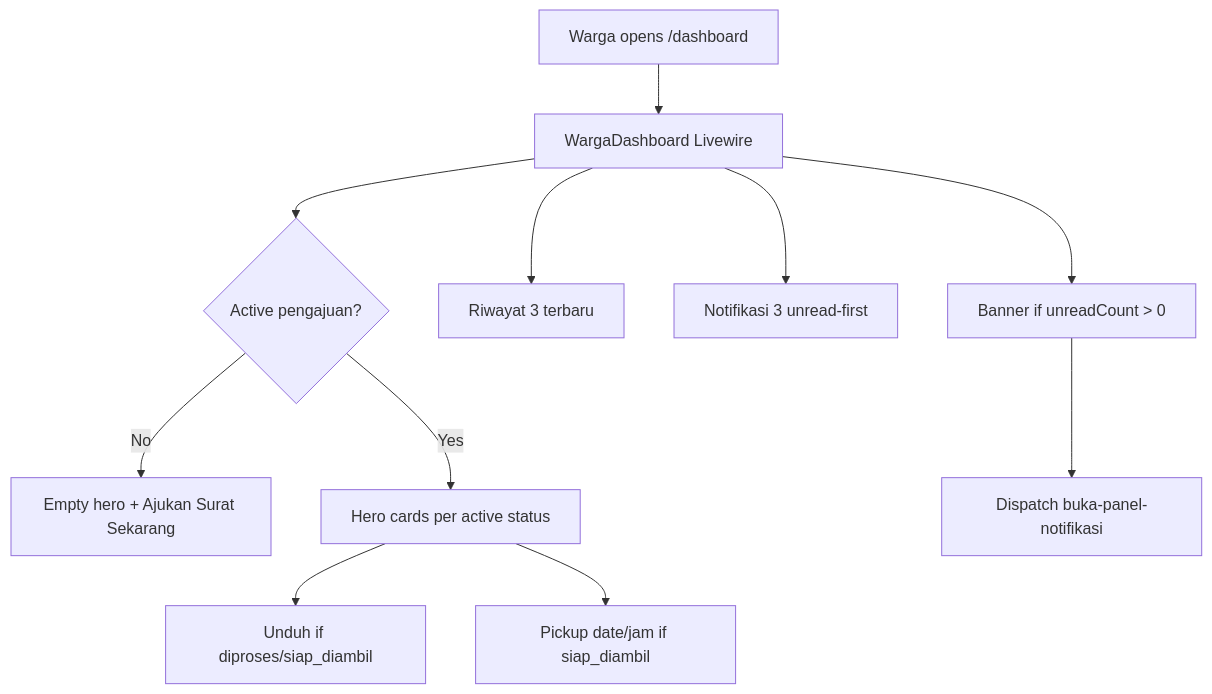
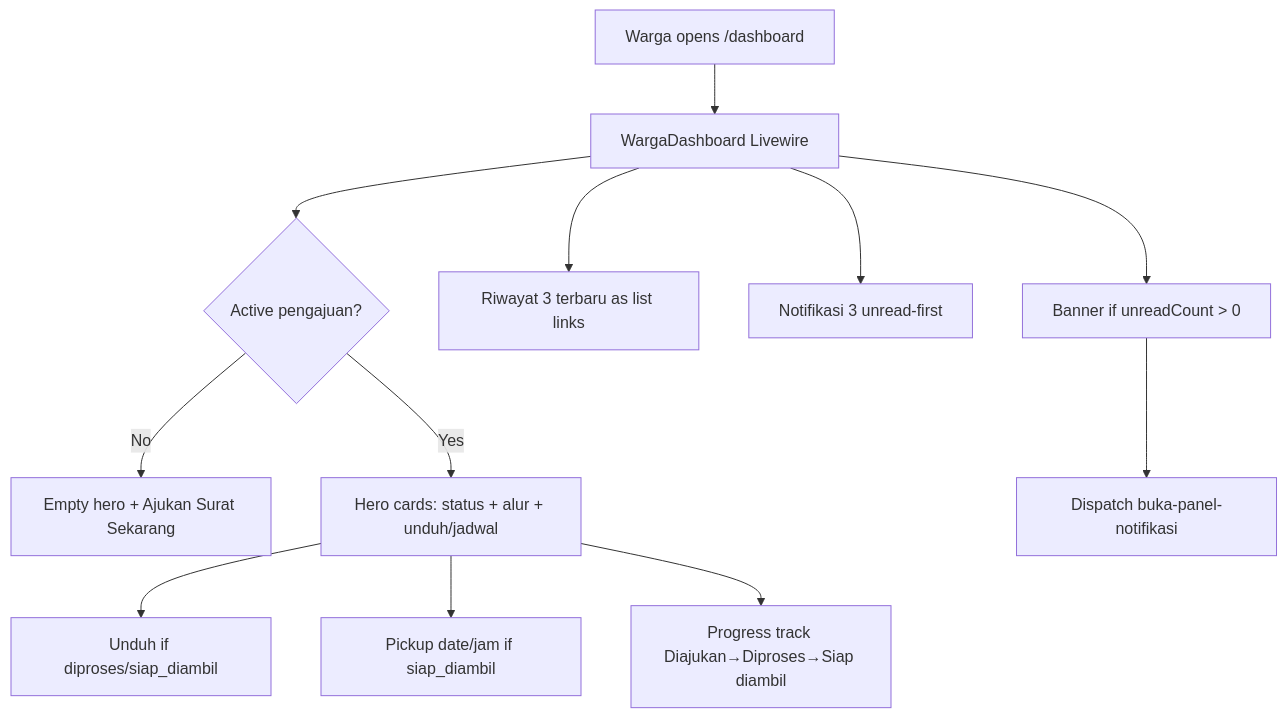
Before and after one commit to ZulfikarHD/sistem-desa: the first of 2 diagrams in docs/dev-docs/features/dashboard-warga.md, drawn with Mermaid. The commit also changed other lines of this file and 12 other files, not shown here.

First line of the commit message:
feat(dashboard): redesign dashboard warga jadi status-first dengan alur visual

````diff
--- a/docs/dev-docs/features/dashboard-warga.md
+++ b/docs/dev-docs/features/dashboard-warga.md
@@ -9,13 +9,14 @@
 ```mermaid
 flowchart TD
     A[Warga opens /dashboard] --> B[WargaDashboard Livewire]
     B --> C{Active pengajuan?}
     C -->|No| D[Empty hero + Ajukan Surat Sekarang]
-    C -->|Yes| E[Hero cards per active status]
+    C -->|Yes| E[Hero cards: status + alur + unduh/jadwal]
     E --> F[Unduh if diproses/siap_diambil]
     E --> G[Pickup date/jam if siap_diambil]
-    B --> H[Riwayat 3 terbaru]
-    B --> I[Notifikasi 3 unread-first]
-    B --> J[Banner if unreadCount > 0]
-    J --> K[Dispatch buka-panel-notifikasi]
+    E --> H[Progress track Diajukan→Diproses→Siap diambil]
+    B --> I[Riwayat 3 terbaru as list links]
+    B --> J[Notifikasi 3 unread-first]
+    B --> K[Banner if unreadCount > 0]
+    K --> L[Dispatch buka-panel-notifikasi]
 ```
````
